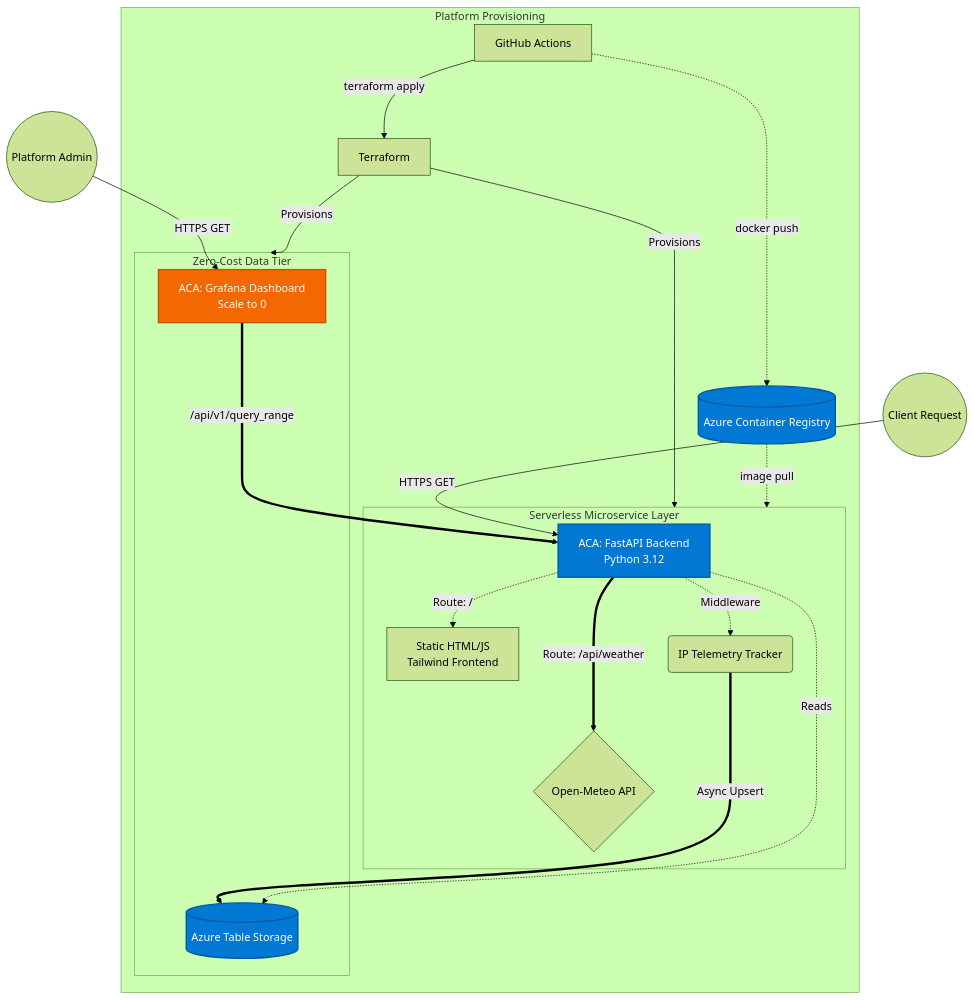
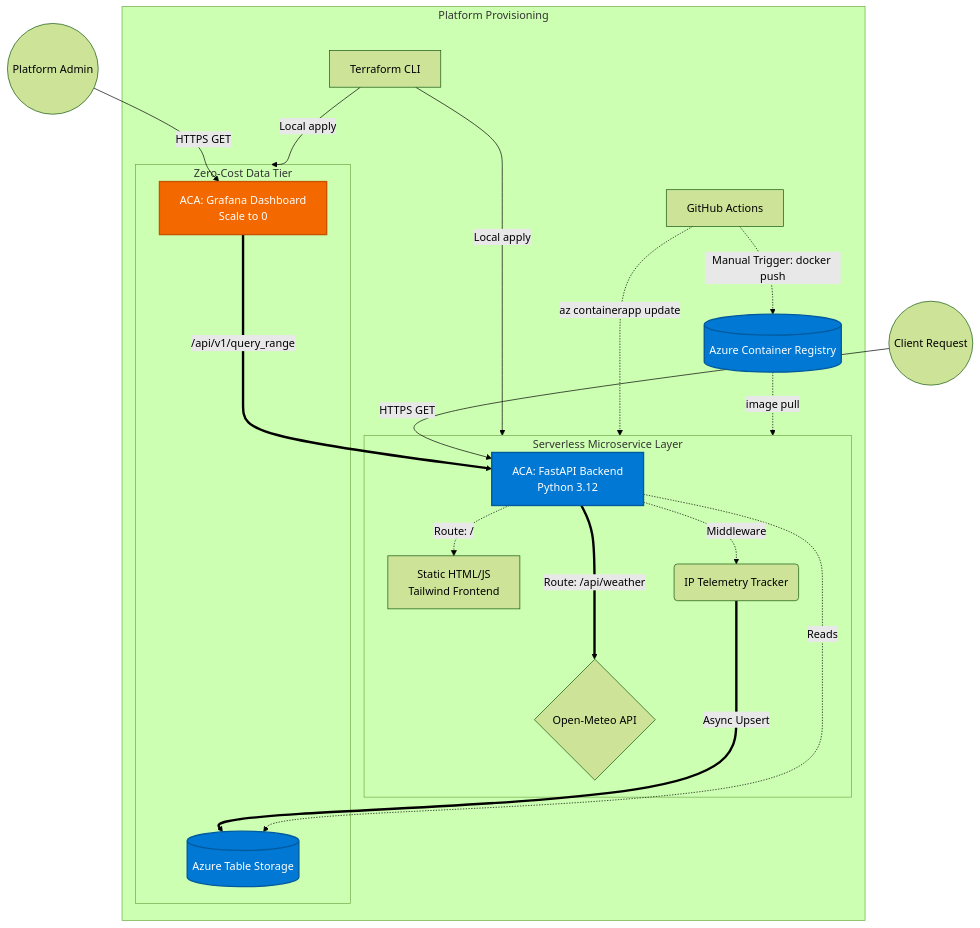
The diagram in README.md (hwong5208/azure-weather-app), drawn with Mermaid (forest theme) before and after one commit. The commit also changed other lines of this file, not shown here.

Commit message:
docs: align README with recent manual CI/CD and Terraform workflow changes

````diff
--- a/README.md
+++ b/README.md
@@ -30,36 +30,36 @@
 ```mermaid
 flowchart TD
     %% User Interactions
     User((Client Request)) -->|HTTPS GET| ACA_API[ACA: FastAPI Backend\nPython 3.12]
     Admin((Platform Admin)) -->|HTTPS GET| ACA_Grafana[ACA: Grafana Dashboard\nScale to 0]
     
     %% Compute & Workload
     subgraph Compute [Serverless Microservice Layer]
         ACA_API -.->|Route: /| Static[Static HTML/JS\nTailwind Frontend]
         ACA_API -.->|Middleware| Tracker(IP Telemetry Tracker)
         ACA_API ===>|Route: /api/weather| OM{Open-Meteo API}
     end
     
     %% Data & Observability
     subgraph Observability [Zero-Cost Data Tier]
         Tracker ===>|Async Upsert| ATS[(Azure Table Storage)]
         ACA_Grafana ===>|/api/v1/query_range| ACA_API
         ACA_API -.->|Reads| ATS
     end
 
     %% Platform Ecosystem
     subgraph CI_CD [Platform Provisioning]
-        TF[Terraform] -->|Provisions| Compute
-        TF -->|Provisions| Observability
-        GH[GitHub Actions] -->|terraform apply| TF
-        GH -.->|docker push| ACR[(Azure Container Registry)]
+        TF[Terraform CLI] -->|Local apply| Compute
+        TF -->|Local apply| Observability
+        GH[GitHub Actions] -.->|Manual Trigger: docker push| ACR[(Azure Container Registry)]
+        GH -.->|az containerapp update| Compute
         ACR -.->|image pull| Compute
     end
 
     classDef azure fill:#0078d4,stroke:#005a9e,stroke-width:2px,color:#fff;
     classDef fa fill:#059669,stroke:#047857,stroke-width:2px,color:#fff;
     classDef grafana fill:#F46800,stroke:#C65300,stroke-width:2px,color:#fff;
     
     class ACA_API,ATS,ACR azure;
     class ACA_Grafana grafana;
 ```
````
